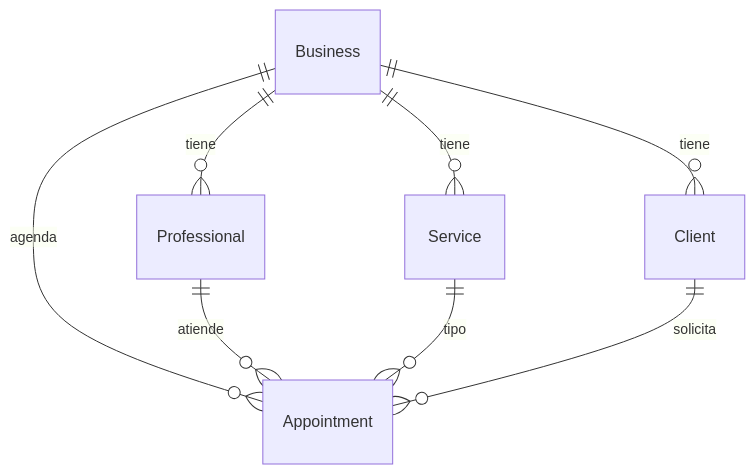
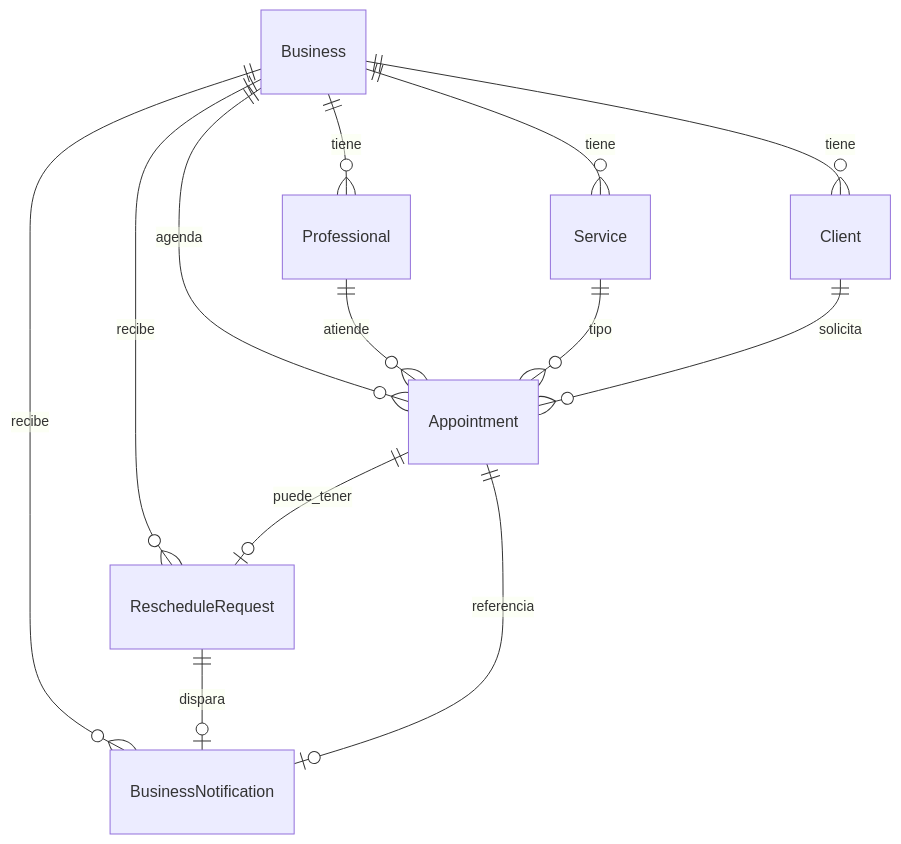
The sixth of 8 diagrams in docs/sustentacion-turnify.md (Edwardortiz117/Turnify_Frontend), drawn with Mermaid before and after one commit. The commit also changed other lines of this file and 14 other files, not shown here.

````diff
--- a/docs/sustentacion-turnify.md
+++ b/docs/sustentacion-turnify.md
@@ -181,10 +290,15 @@
 ```mermaid
 erDiagram
   Business ||--o{ Service : tiene
   Business ||--o{ Professional : tiene
   Business ||--o{ Client : tiene
   Business ||--o{ Appointment : agenda
+  Business ||--o{ BusinessNotification : recibe
+  Business ||--o{ RescheduleRequest : recibe
   Professional ||--o{ Appointment : atiende
   Service ||--o{ Appointment : tipo
   Client ||--o{ Appointment : solicita
+  Appointment ||--o| RescheduleRequest : puede_tener
+  RescheduleRequest ||--o| BusinessNotification : dispara
+  Appointment ||--o| BusinessNotification : referencia
 ```
````
